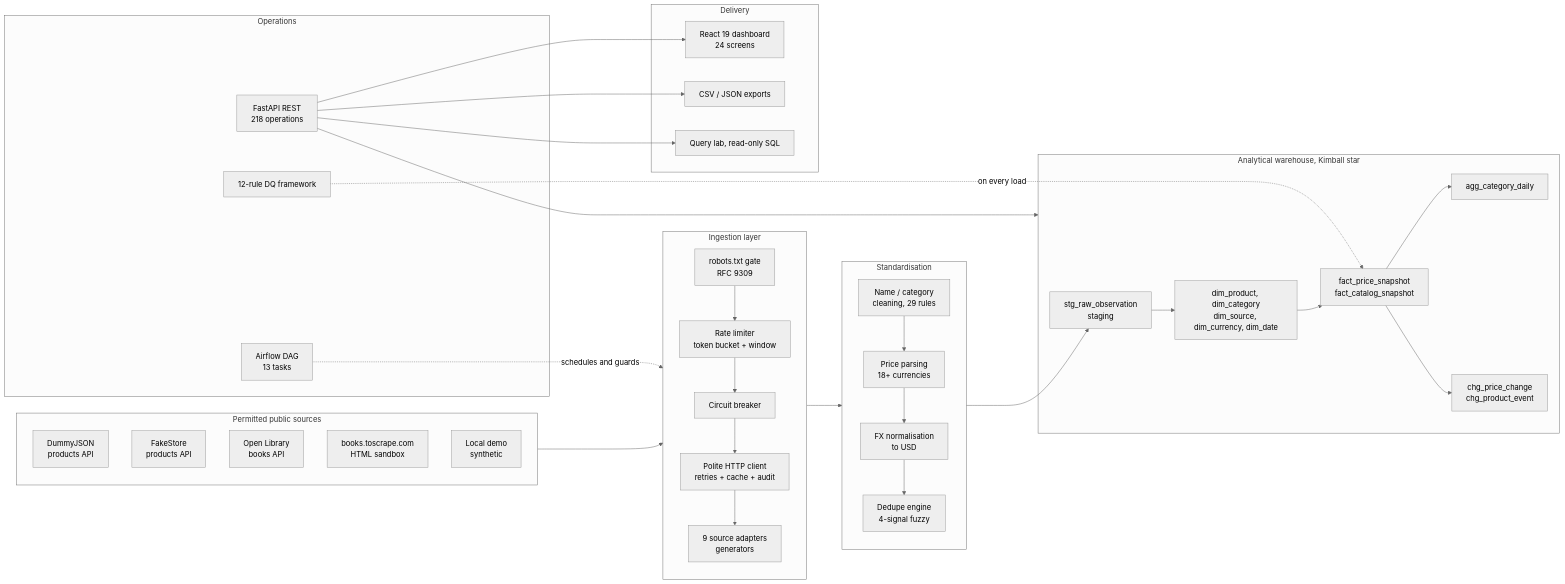
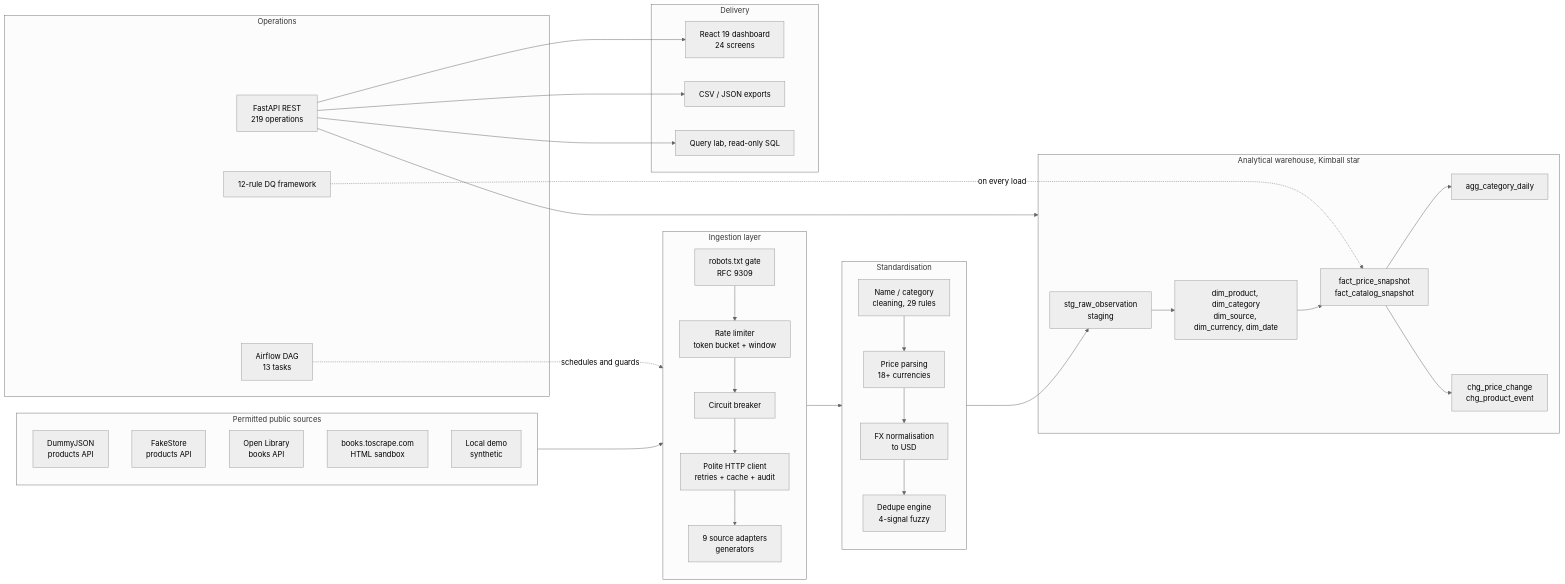
Before and after one commit to Ahmedbakr78/Web-to-Warehouse-Product-Intelligence-Pipeline: the first of 15 diagrams in README.md, drawn with Mermaid (neutral theme). The commit also changed other lines of this file and 2 other files, not shown here.

First line of the commit message:
Update API and test statistics

````diff
--- a/README.md
+++ b/README.md
@@ -281,55 +281,55 @@
 ```mermaid
 flowchart LR
     subgraph Sources["Permitted public sources"]
         A1["DummyJSON<br/>products API"]
         A2["FakeStore<br/>products API"]
         A3["Open Library<br/>books API"]
         A4["books.toscrape.com<br/>HTML sandbox"]
         A5["Local demo<br/>synthetic"]
     end
 
     subgraph Ingest["Ingestion layer"]
         direction TB
         R["robots.txt gate<br/>RFC 9309"]
         RL["Rate limiter<br/>token bucket + window"]
         CB["Circuit breaker"]
         HC["Polite HTTP client<br/>retries + cache + audit"]
         S["9 source adapters<br/>generators"]
         R --> RL --> CB --> HC --> S
     end
 
     subgraph Clean["Standardisation"]
         C1["Name / category<br/>cleaning, 29 rules"]
         C2["Price parsing<br/>18+ currencies"]
         C3["FX normalisation<br/>to USD"]
         DD["Dedupe engine<br/>4-signal fuzzy"]
         C1 --> C2 --> C3 --> DD
     end
 
     subgraph Wh["Analytical warehouse, Kimball star"]
         STG["stg_raw_observation<br/>staging"]
         DIM["dim_product, dim_category<br/>dim_source, dim_currency, dim_date"]
         FACT["fact_price_snapshot<br/>fact_catalog_snapshot"]
         AGG["agg_category_daily"]
         CHG["chg_price_change<br/>chg_product_event"]
         STG --> DIM --> FACT --> AGG & CHG
     end
 
     subgraph Ops["Operations"]
         AF["Airflow DAG<br/>13 tasks"]
-        API["FastAPI REST<br/>218 operations"]
+        API["FastAPI REST<br/>219 operations"]
         DQ["12-rule DQ framework"]
     end
 
     subgraph UI["Delivery"]
         RE["React 19 dashboard<br/>24 screens"]
         EXP["CSV / JSON exports"]
         QL["Query lab, read-only SQL"]
     end
 
     Sources --> Ingest --> Clean --> STG
     AF -.schedules and guards.-> Ingest
     API --> Wh
     API --> RE & EXP & QL
     DQ -.on every load.-> FACT
 ```
````
